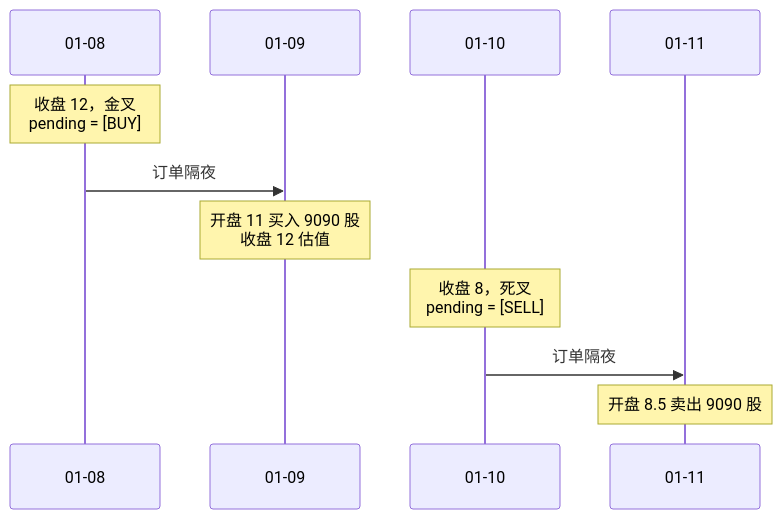
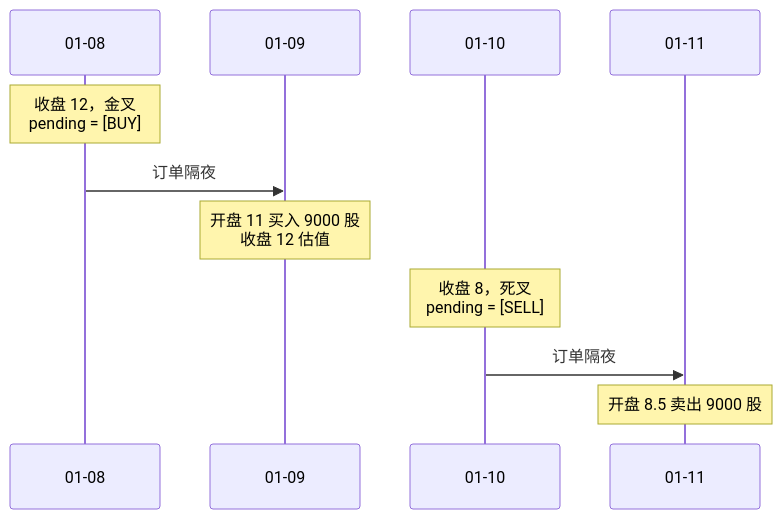
Diagram 23 of 23 in docs/code-walkthrough.md (guevara12345/quant), drawn with Mermaid before and after one commit. The commit also changed other lines of this file and 16 other files, not shown here.

````diff
--- a/docs/code-walkthrough.md
+++ b/docs/code-walkthrough.md
@@ -786,13 +863,13 @@
 ```mermaid
 sequenceDiagram
     participant D8 as 01-08
     participant D9 as 01-09
     participant D10 as 01-10
     participant D11 as 01-11
     Note over D8: 收盘 12，金叉<br/>pending = [BUY]
     D8->>D9: 订单隔夜
-    Note over D9: 开盘 11 买入 9090 股<br/>收盘 12 估值
+    Note over D9: 开盘 11 买入 9000 股<br/>收盘 12 估值
     Note over D10: 收盘 8，死叉<br/>pending = [SELL]
     D10->>D11: 订单隔夜
-    Note over D11: 开盘 8.5 卖出 9090 股
+    Note over D11: 开盘 8.5 卖出 9000 股
 ```
````
